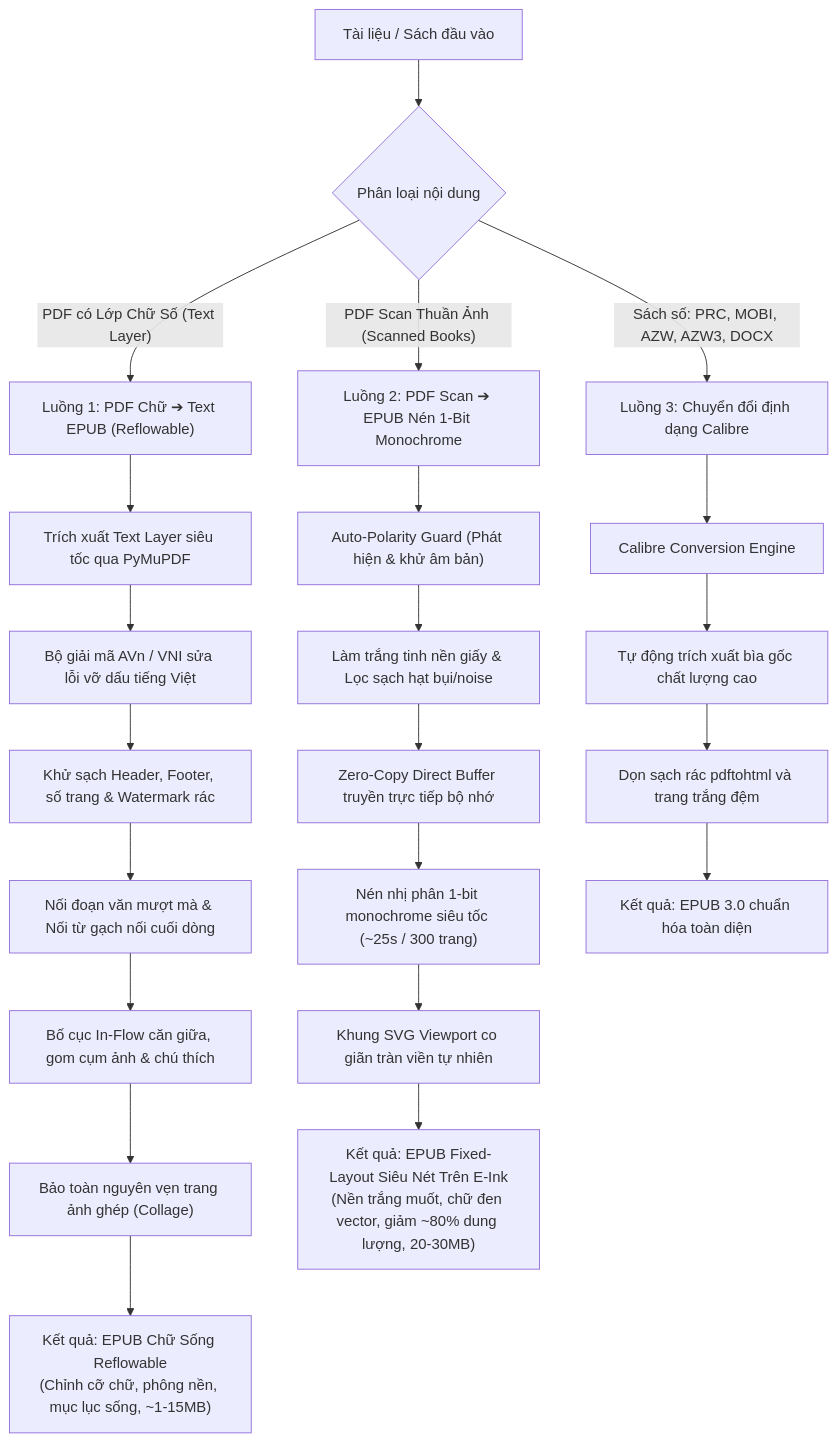
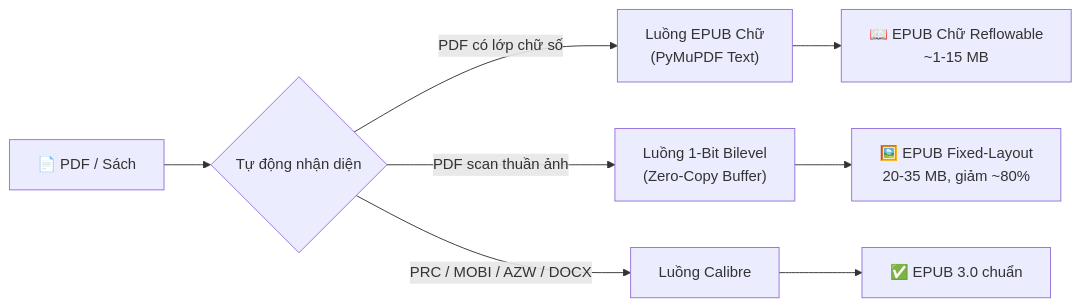
One commit to trungtypo-png/epub1t changed the diagram in README.vi.md. Above: the diagram before and after it, drawn with Mermaid. The commit also changed other lines of this file and 3 other files, not shown here.

````diff
--- a/README.vi.md
+++ b/README.vi.md
@@ -31,27 +17,10 @@
 ```mermaid
-flowchart TD
-    Input["Tài liệu / Sách đầu vào"] --> Detect{"Phân loại nội dung"}
-    
-    Detect -->|"PDF có Lớp Chữ Số (Text Layer)"| ModeText["Luồng 1: PDF Chữ ➔ Text EPUB (Reflowable)"]
-    ModeText --> T1["Trích xuất Text Layer siêu tốc qua PyMuPDF"]
-    T1 --> T2["Bộ giải mã AVn / VNI sửa lỗi vỡ dấu tiếng Việt"]
-    T2 --> T3["Khử sạch Header, Footer, số trang & Watermark rác"]
-    T3 --> T4["Nối đoạn văn mượt mà & Nối từ gạch nối cuối dòng"]
-    T4 --> T5["Bố cục In-Flow căn giữa, gom cụm ảnh & chú thích"]
-    T5 --> T6["Bảo toàn nguyên vẹn trang ảnh ghép (Collage)"]
-    T6 --> OutText["Kết quả: EPUB Chữ Sống Reflowable<br/>(Chỉnh cỡ chữ, phông nền, mục lục sống, ~1-15MB)"]
-
-    Detect -->|"PDF Scan Thuần Ảnh (Scanned Books)"| ModeScan["Luồng 2: PDF Scan ➔ EPUB Nén 1-Bit Monochrome"]
-    ModeScan --> S1["Auto-Polarity Guard (Phát hiện & khử âm bản)"]
-    S1 --> S2["Làm trắng tinh nền giấy & Lọc sạch hạt bụi/noise"]
-    S2 --> S3["Zero-Copy Direct Buffer truyền trực tiếp bộ nhớ"]
-    S3 --> S4["Nén nhị phân 1-bit monochrome siêu tốc (~25s / 300 trang)"]
-    S4 --> S5["Khung SVG Viewport co giãn tràn viền tự nhiên"]
-    S5 --> OutScan["Kết quả: EPUB Fixed-Layout Siêu Nét Trên E-Ink<br/>(Nền trắng muốt, chữ đen vector, giảm ~80% dung lượng, 20-30MB)"]
-
-    Detect -->|"Sách số: PRC, MOBI, AZW, AZW3, DOCX"| ModeCalibre["Luồng 3: Chuyển đổi định dạng Calibre"]
-    ModeCalibre --> C1["Calibre Conversion Engine"]
-    C1 --> C2["Tự động trích xuất bìa gốc chất lượng cao"]
-    C2 --> C3["Dọn sạch rác pdftohtml và trang trắng đệm"]
-    C3 --> OutCalibre["Kết quả: EPUB 3.0 chuẩn hóa toàn diện"]
+flowchart LR
+    Input["📄 PDF / Sách"] --> Detect{"Tự động nhận diện"}
+    Detect -->|"PDF có lớp chữ số"| T["Luồng EPUB Chữ\n(PyMuPDF Text)"]
+    Detect -->|"PDF scan thuần ảnh"| S["Luồng 1-Bit Bilevel\n(Zero-Copy Buffer)"]
+    Detect -->|"PRC / MOBI / AZW / DOCX"| C["Luồng Calibre"]
+    T --> OutT["📖 EPUB Chữ Reflowable\n~1-15 MB"]
+    S --> OutS["🖼️ EPUB Fixed-Layout\n20-35 MB, giảm ~80%"]
+    C --> OutC["✅ EPUB 3.0 chuẩn"]
 ```
````
